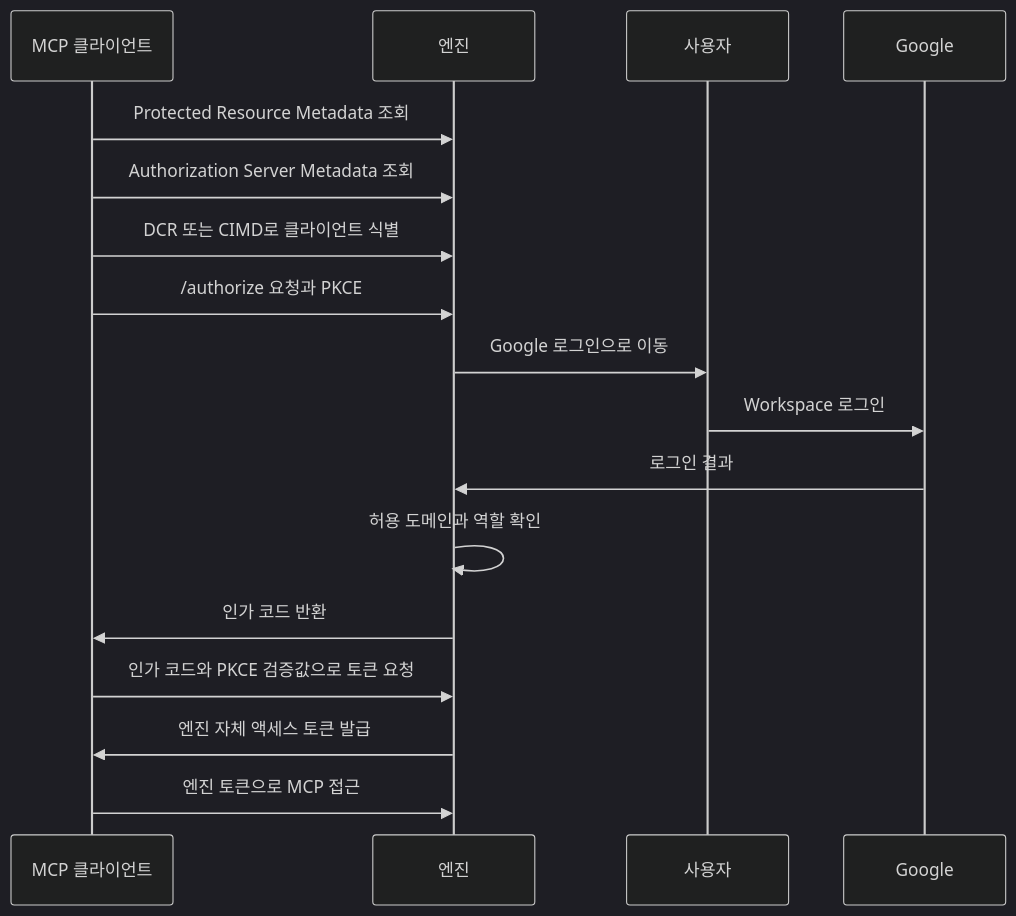
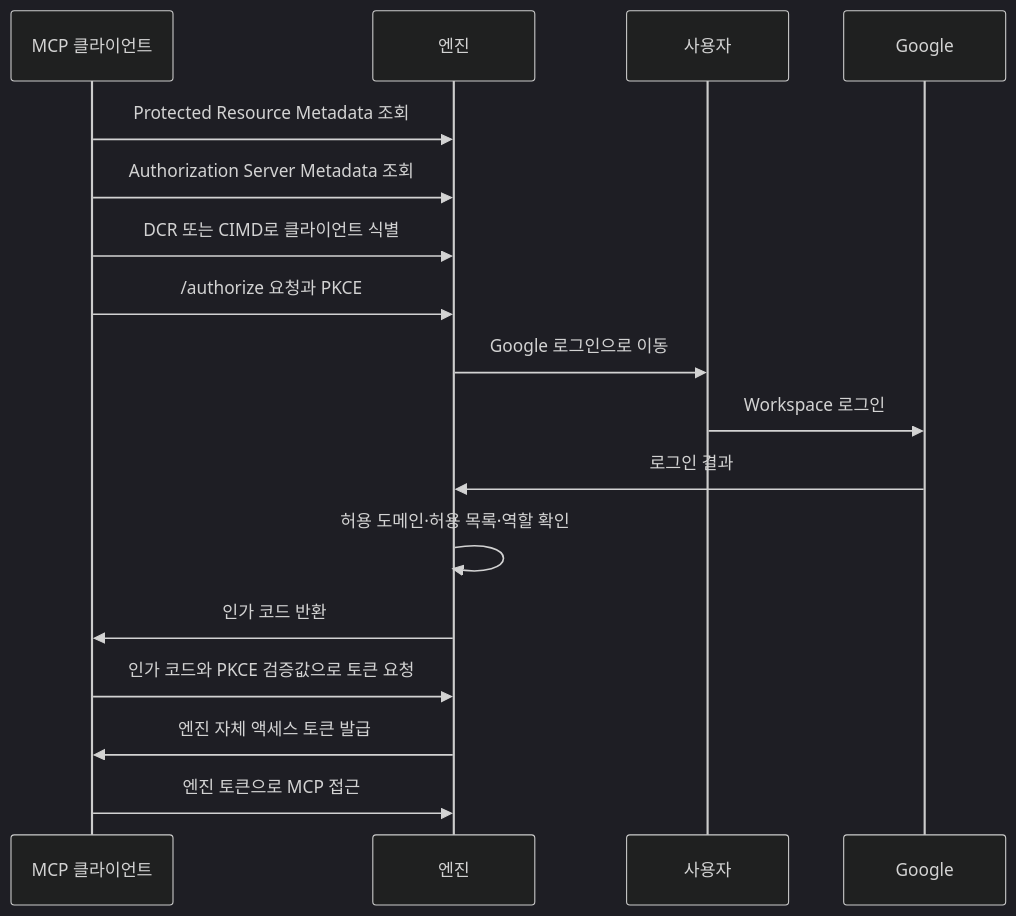
The diagram in docs/auth.md (BitbyteCorp/llmwiki-engine), drawn with Mermaid (dark theme) before and after one commit. The commit also changed other lines of this file and 10 other files, not shown here.

````diff
--- a/docs/auth.md
+++ b/docs/auth.md
@@ -38,19 +52,19 @@
 ```mermaid
 sequenceDiagram
     participant C as MCP 클라이언트
     participant E as 엔진
     participant U as 사용자
     participant G as Google
     C->>E: Protected Resource Metadata 조회
     C->>E: Authorization Server Metadata 조회
     C->>E: DCR 또는 CIMD로 클라이언트 식별
     C->>E: /authorize 요청과 PKCE
     E->>U: Google 로그인으로 이동
     U->>G: Workspace 로그인
     G->>E: 로그인 결과
-    E->>E: 허용 도메인과 역할 확인
+    E->>E: 허용 도메인·허용 목록·역할 확인
     E->>C: 인가 코드 반환
     C->>E: 인가 코드와 PKCE 검증값으로 토큰 요청
     E->>C: 엔진 자체 액세스 토큰 발급
     C->>E: 엔진 토큰으로 MCP 접근
 ```
````
